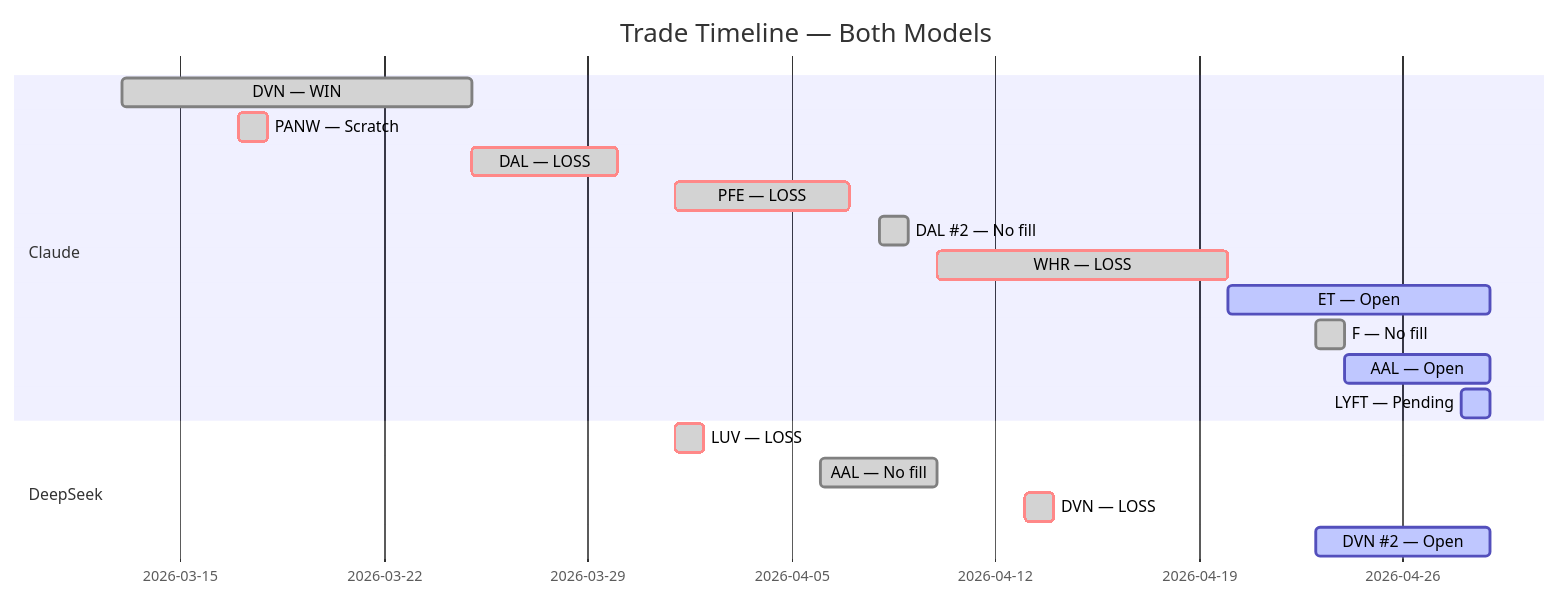
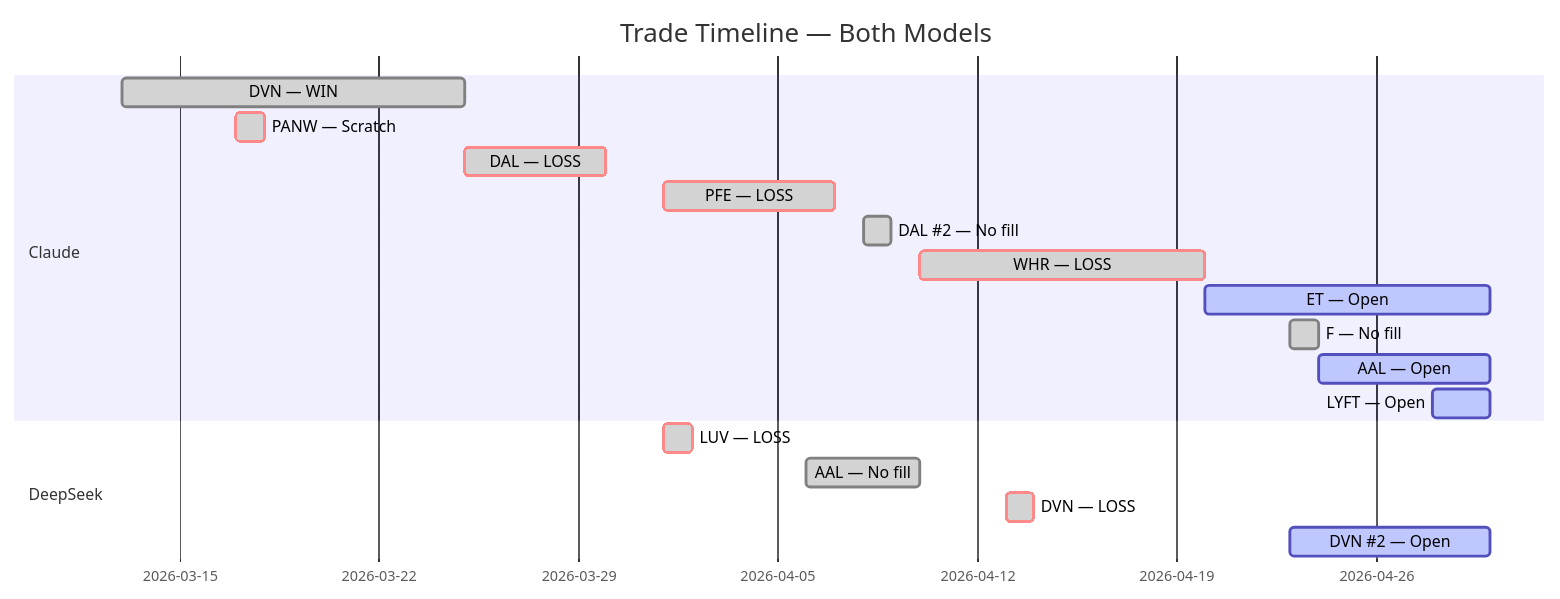
The fifth of 5 diagrams in README.md (zachisit/ai-auto-buy-thesis), drawn with Mermaid before and after one commit. The commit also changed other lines of this file and 2 other files, not shown here.

Commit message:
Add 04-29 sessions; update README with ET day 8 near target, AAL day 4 recovery, LYFT day 2 hold, DeepSeek DVN-002 day 5 stop tightened to $44.73

````diff
--- a/README.md
+++ b/README.md
@@ -62,21 +62,21 @@
 ```mermaid
 gantt
     title Trade Timeline — Both Models
     dateFormat YYYY-MM-DD
     section Claude
     DVN — WIN            :done,    2026-03-13, 2026-03-25
     PANW — Scratch       :crit, done, 2026-03-17, 2026-03-18
     DAL — LOSS           :crit, done, 2026-03-25, 2026-03-30
     PFE — LOSS           :crit, done, 2026-04-01, 2026-04-07
     DAL #2 — No fill     :done,    2026-04-08, 2026-04-09
     WHR — LOSS           :crit, done, 2026-04-10, 2026-04-20
-    ET — Open            :active,  2026-04-20, 2026-04-29
+    ET — Open            :active,  2026-04-20, 2026-04-30
     F — No fill          :done,    2026-04-23, 2026-04-24
-    AAL — Open           :active,  2026-04-24, 2026-04-29
-    LYFT — Pending       :active,  2026-04-28, 2026-04-29
+    AAL — Open           :active,  2026-04-24, 2026-04-30
+    LYFT — Open          :active,  2026-04-28, 2026-04-30
     section DeepSeek
     LUV — LOSS           :crit, done, 2026-04-01, 2026-04-02
     AAL — No fill        :done,    2026-04-06, 2026-04-10
     DVN — LOSS           :crit, done, 2026-04-13, 2026-04-14
-    DVN #2 — Open        :active,  2026-04-23, 2026-04-29
+    DVN #2 — Open        :active,  2026-04-23, 2026-04-30
 ```
````
